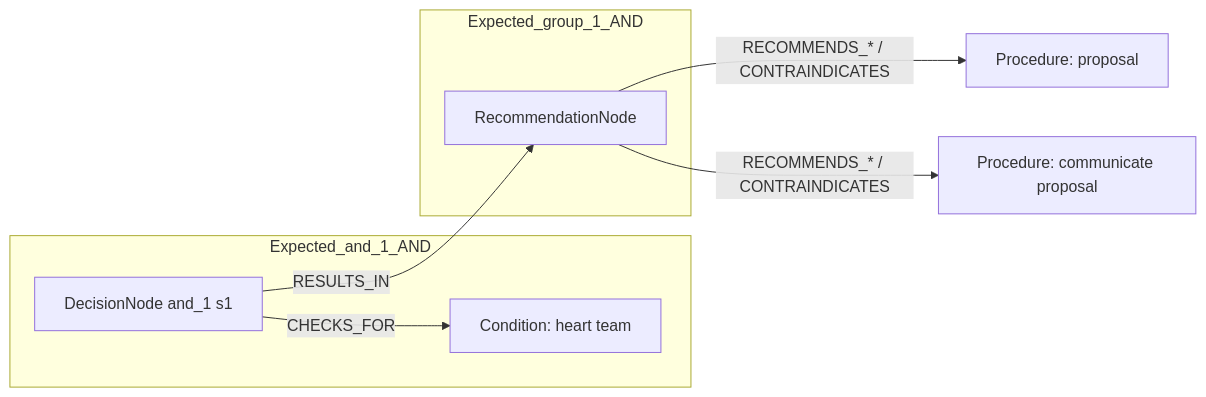
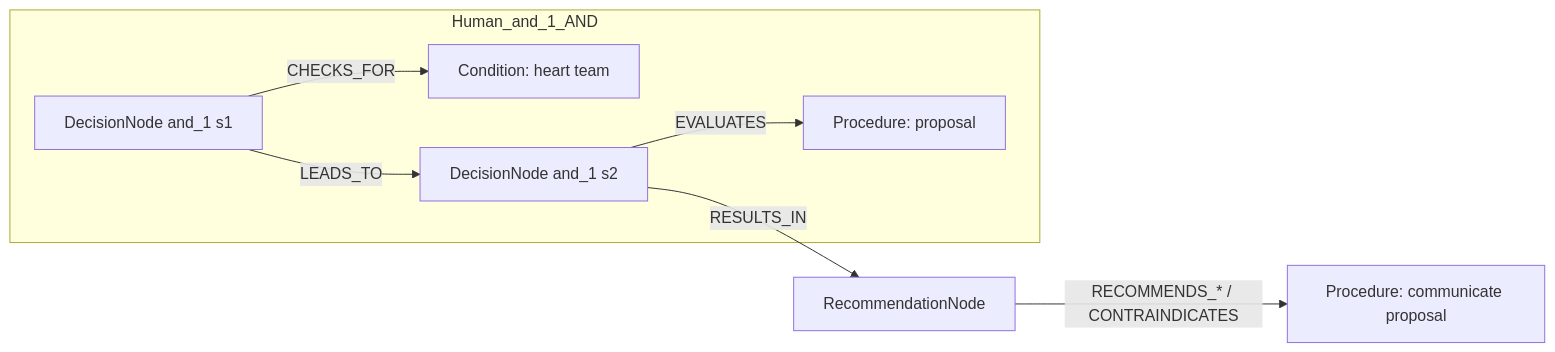
One commit to dieterich-lab/CardioGuidelinesGraph changed the first of 2 diagrams in docs/table22_rows/row_03.md. Above: the diagram before and after it, drawn with Mermaid. The commit also changed other lines of this file and 18 other files, not shown here.

Commit message:
Adjust mermaid for conditions/actions

````diff
--- a/docs/table22_rows/row_03.md
+++ b/docs/table22_rows/row_03.md
@@ -97,17 +97,16 @@
 ```mermaid
 graph LR
   REC[RecommendationNode]
-  ACT1[Procedure: proposal]
+  ACT1[Procedure: communicate proposal]
   REC -->|RECOMMENDS_* / CONTRAINDICATES| ACT1
-  ACT2[Procedure: communicate proposal]
-  REC -->|RECOMMENDS_* / CONTRAINDICATES| ACT2
-  subgraph Expected_and_1_AND
+  subgraph Human_and_1_AND
     D_and_1_1[DecisionNode and_1 s1]
     C_and_1_1[Condition: heart team]
     D_and_1_1 -->|CHECKS_FOR| C_and_1_1
+    D_and_1_2[DecisionNode and_1 s2]
+    C_and_1_2[Procedure: proposal]
+    D_and_1_2 -->|EVALUATES| C_and_1_2
+    D_and_1_1 -->|LEADS_TO| D_and_1_2
   end
-  subgraph Expected_group_1_AND
-    REC
-  end
-  D_and_1_1 -->|RESULTS_IN| REC
+  D_and_1_2 -->|RESULTS_IN| REC
 ```
````
